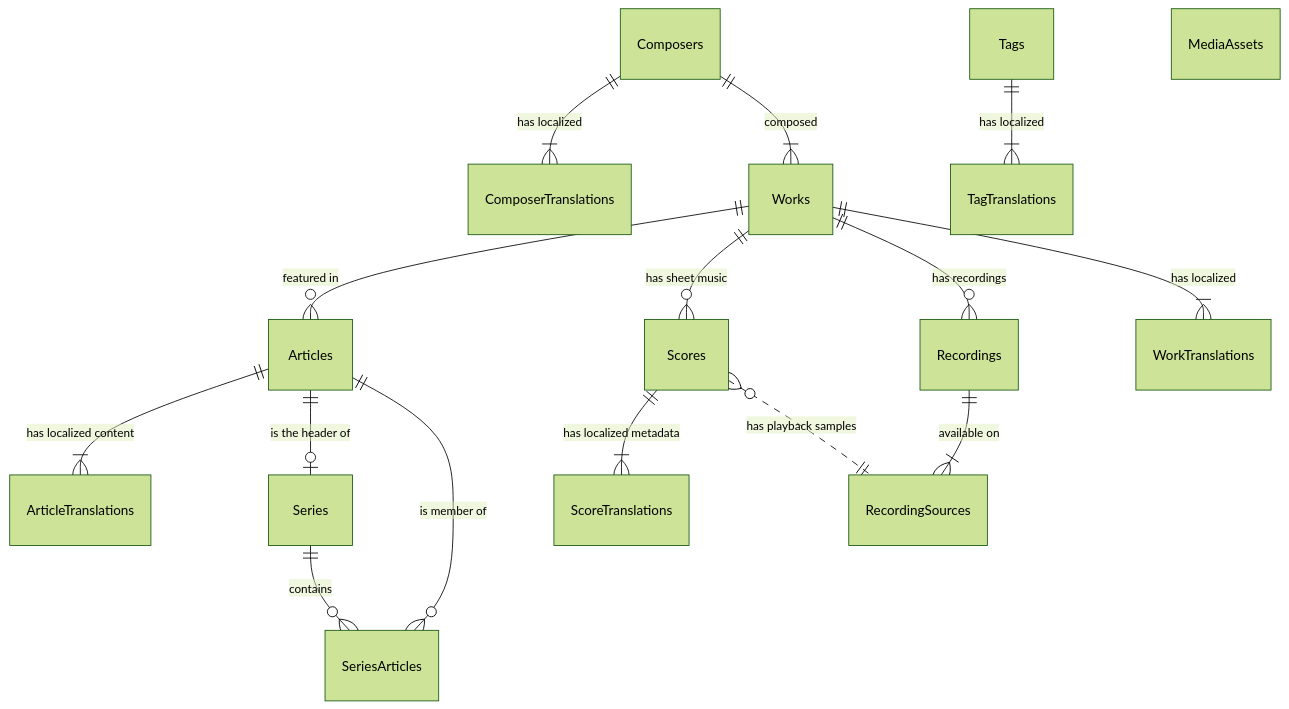
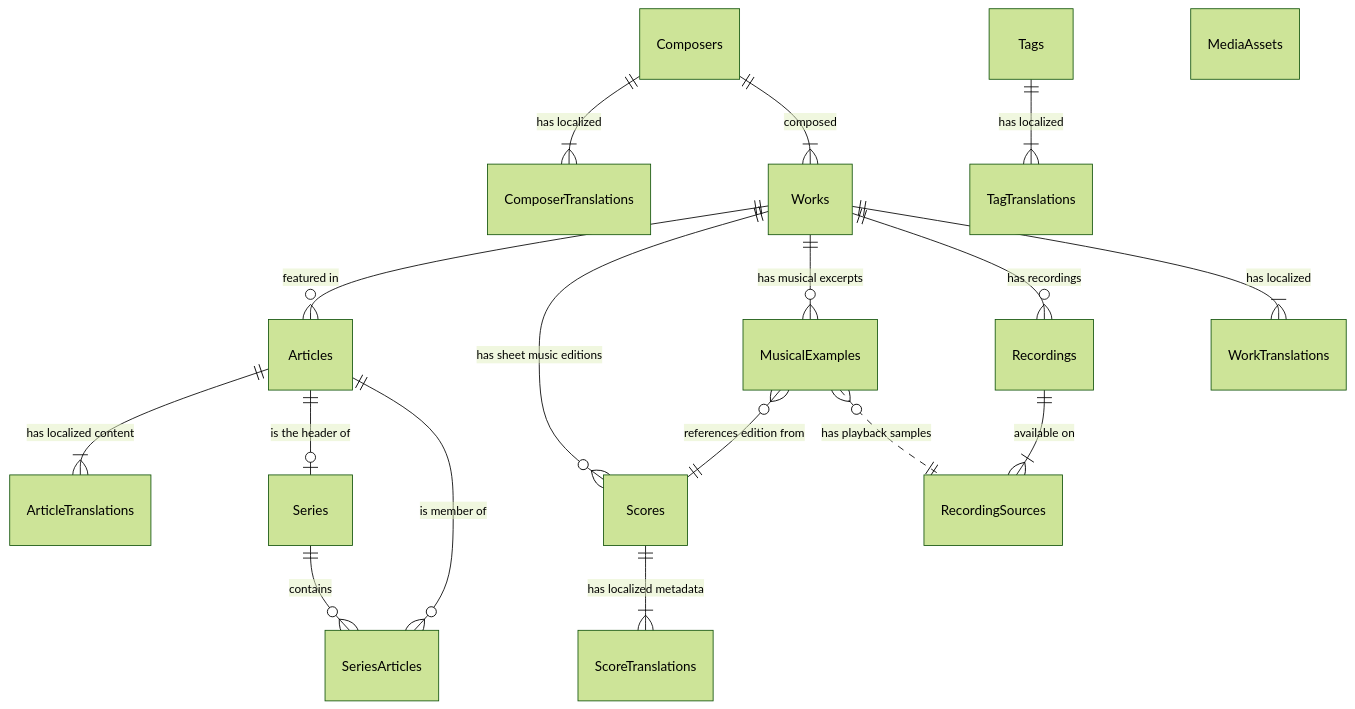
The first of 3 diagrams in docs/05_design/database-schema.md (preludio-lab/preludio-lab), drawn with Mermaid (forest theme) before and after one commit. The commit also changed other lines of this file and 1 other file, not shown here.

Commit message:
docs: Score (Asset) と MusicalExample (Excerpt) の定義を追加・分離

````diff
--- a/docs/05_design/database-schema.md
+++ b/docs/05_design/database-schema.md
@@ -54,23 +54,25 @@
 ```mermaid
 erDiagram
     %% Core Tables: Articles & Series
     Works ||--o{ Articles : "featured in"
     Articles ||--|{ ArticleTranslations : "has localized content"
     Articles ||--o| Series : "is the header of"
     Series ||--o{ SeriesArticles : "contains"
     Articles ||--o{ SeriesArticles : "is member of"
 
     %% Asset Tables: Scores & Recordings
-    Works ||--o{ Scores : "has sheet music"
+    Works ||--o{ Scores : "has sheet music editions"
     Scores ||--|{ ScoreTranslations : "has localized metadata"
-    Scores }o..|| RecordingSources : "has playback samples"
+    Works ||--o{ MusicalExamples : "has musical excerpts"
+    MusicalExamples }o--|| Scores : "references edition from"
+    MusicalExamples }o..|| RecordingSources : "has playback samples"
     Works ||--o{ Recordings : "has recordings"
     Recordings ||--|{ RecordingSources : "available on"
 
     %% Master Tables: Composers & Works
     Composers ||--|{ ComposerTranslations : "has localized"
     Composers ||--|{ Works : "composed"
     Works ||--|{ WorkTranslations : "has localized"
     Tags ||--|{ TagTranslations : "has localized"
     MediaAssets
 ```
````
